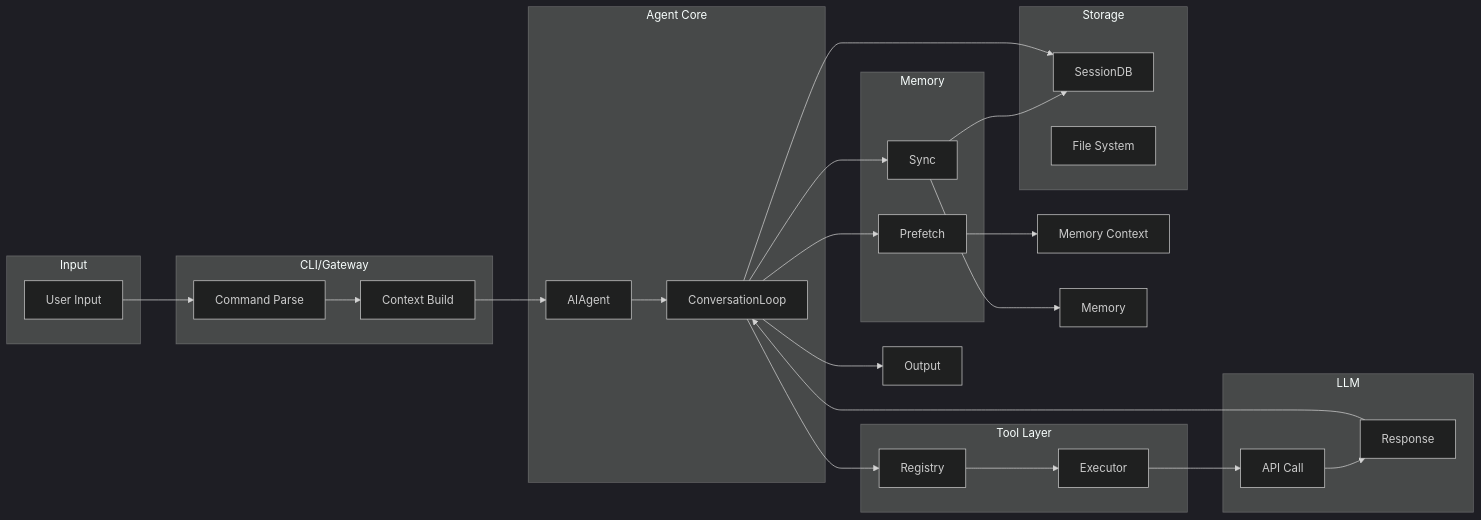
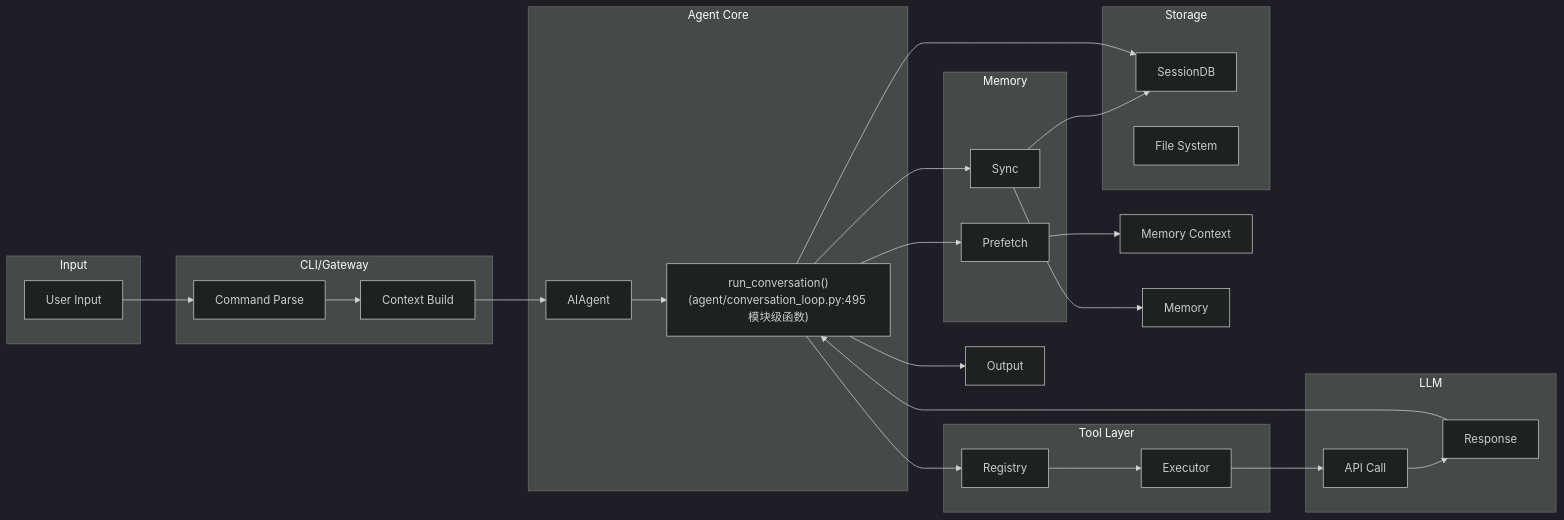
One commit to SpaceX-mit/hermes-agent-handbook changed the first of 2 diagrams in docs/architecture-analysis/10-数据流与扩展机制分析.md. Above: the diagram before and after it, drawn with Mermaid (dark theme). The commit also changed other lines of this file and 15 other files, not shown here.

First line of the commit message:
fix(analysis): ground architecture docs in real source code

````diff
--- a/docs/architecture-analysis/10-数据流与扩展机制分析.md
+++ b/docs/architecture-analysis/10-数据流与扩展机制分析.md
@@ -5,59 +5,59 @@
 ```mermaid
 flowchart LR
     subgraph "Input"
         UI["User Input"]
     end
 
     subgraph "CLI/Gateway"
         CMD["Command Parse"]
         CTX["Context Build"]
     end
 
     subgraph "Agent Core"
         AG["AIAgent"]
-        LOOP["ConversationLoop"]
+        LOOP["run_conversation()<br/>(agent/conversation_loop.py:495 模块级函数)"]
     end
 
     subgraph "Memory"
         PRE["Prefetch"]
         SYNC["Sync"]
     end
 
     subgraph "Tool Layer"
         REG["Registry"]
         EXEC["Executor"]
     end
 
     subgraph "LLM"
         API["API Call"]
         RESP["Response"]
     end
 
     subgraph "Storage"
         DB["SessionDB"]
         FS["File System"]
     end
 
     UI --> CMD
     CMD --> CTX
     CTX --> AG
     AG --> LOOP
     
     LOOP --> PRE
     PRE --> MEM_BLOCK["Memory Context"]
     LOOP --> REG
     
     REG --> EXEC
     EXEC --> API
     API --> RESP
     
     RESP --> LOOP
     
     LOOP --> SYNC
     SYNC --> DB
     SYNC --> MEM["Memory"]
     
     LOOP --> DB
     
     LOOP --> OUTPUT["Output"]
 ```
````
